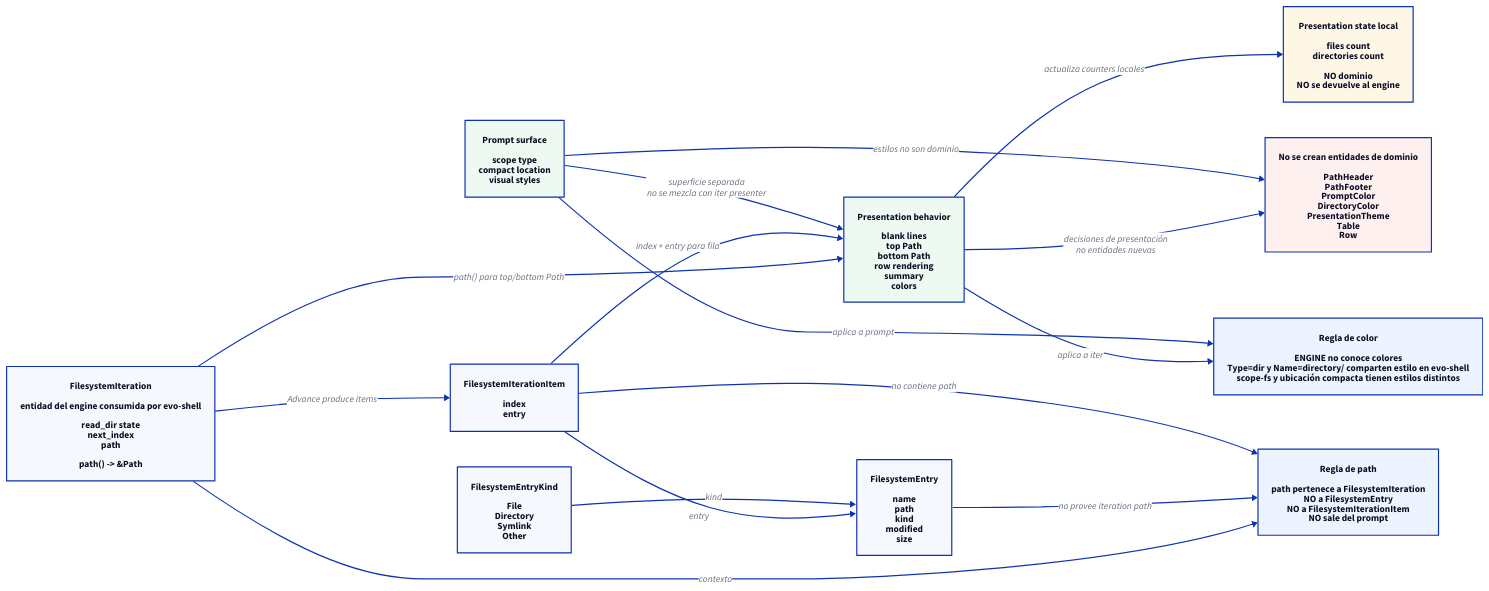
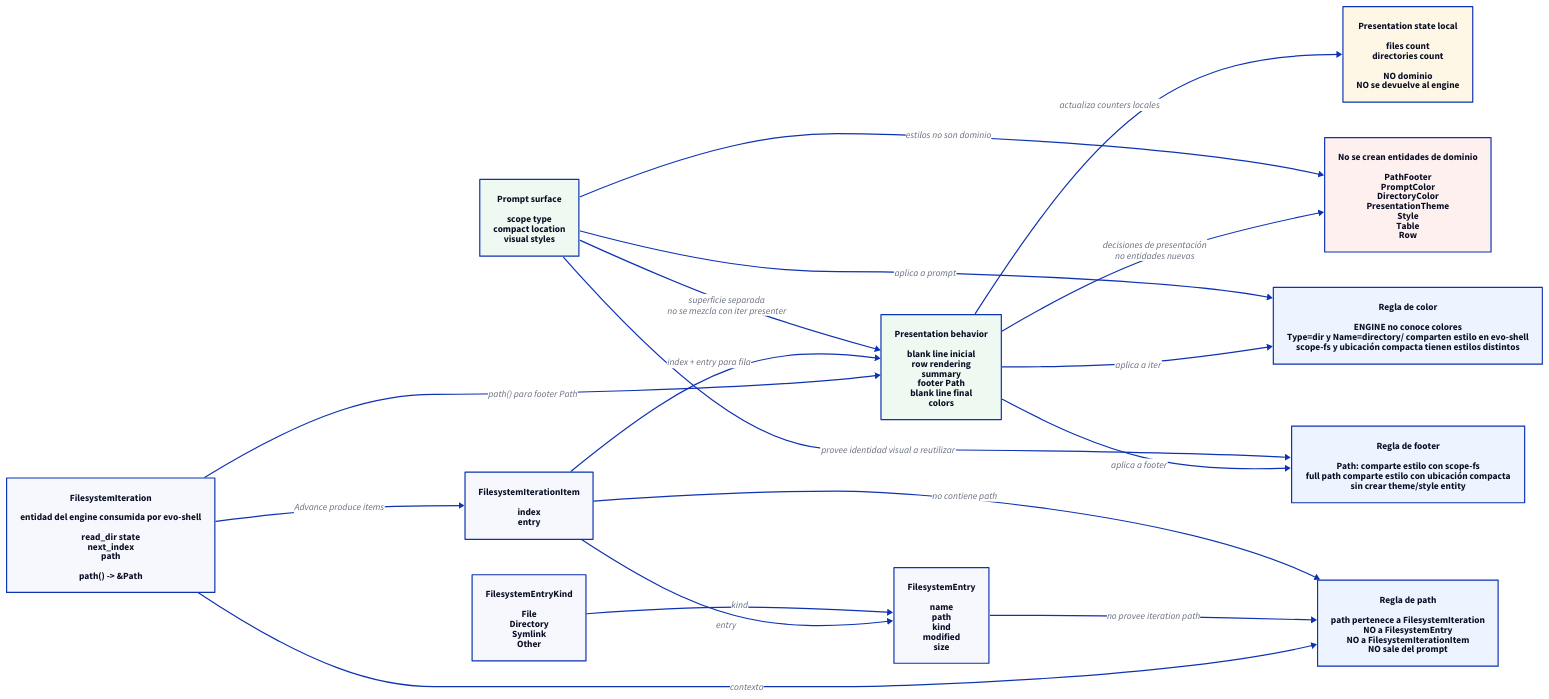
The diagram in evo-shell/technical_documentation/use_cases/UC-005-improve-iter-context-and-visual-readability/domain-model.d2 (niqel/evolution), drawn with D2 before and after one commit. The commit also changed 4 other files, not shown here.

Commit message:
docs: refine iter path footer technical flow

```diff
--- a/evo-shell/technical_documentation/use_cases/UC-005-improve-iter-context-and-visual-readability/domain-model.d2
+++ b/evo-shell/technical_documentation/use_cases/UC-005-improve-iter-context-and-visual-readability/domain-model.d2
@@ -1,64 +1,72 @@
 direction: right
 
 filesystem_iteration: "FilesystemIteration\n\nentidad del engine consumida por evo-shell\n\nread_dir state\nnext_index\npath\n\npath() -> &Path" {
   shape: rectangle
 }
 
 filesystem_iteration_item: "FilesystemIterationItem\n\nindex\nentry" {
   shape: rectangle
 }
 
 filesystem_entry: "FilesystemEntry\n\nname\npath\nkind\nmodified\nsize" {
   shape: rectangle
 }
 
 filesystem_entry_kind: "FilesystemEntryKind\n\nFile\nDirectory\nSymlink\nOther" {
   shape: rectangle
 }
 
-presentation_behavior: "Presentation behavior\n\nblank lines\ntop Path\nbottom Path\nrow rendering\nsummary\ncolors" {
+presentation_behavior: "Presentation behavior\n\nblank line inicial\nrow rendering\nsummary\nfooter Path\nblank line final\ncolors" {
   shape: rectangle
   style.fill: "#eefaf1"
 }
 
 presentation_state: "Presentation state local\n\nfiles count\ndirectories count\n\nNO dominio\nNO se devuelve al engine" {
   shape: rectangle
   style.fill: "#fff7e6"
 }
 
 prompt_surface: "Prompt surface\n\nscope type\ncompact location\nvisual styles" {
   shape: rectangle
   style.fill: "#eefaf1"
 }
 
-no_entities: "No se crean entidades de dominio\n\nPathHeader\nPathFooter\nPromptColor\nDirectoryColor\nPresentationTheme\nTable\nRow" {
+no_entities: "No se crean entidades de dominio\n\nPathFooter\nPromptColor\nDirectoryColor\nPresentationTheme\nStyle\nTable\nRow" {
   shape: rectangle
   style.fill: "#fff0f0"
 }
 
-filesystem_iteration -> presentation_behavior: "path() para top/bottom Path"
+filesystem_iteration -> presentation_behavior: "path() para footer Path"
 filesystem_iteration -> filesystem_iteration_item: "Advance produce items"
 filesystem_iteration_item -> filesystem_entry: "entry"
 filesystem_entry_kind -> filesystem_entry: "kind"
 filesystem_iteration_item -> presentation_behavior: "index + entry para fila"
 presentation_behavior -> presentation_state: "actualiza counters locales"
 prompt_surface -> presentation_behavior: "superficie separada\nno se mezcla con iter presenter"
 presentation_behavior -> no_entities: "decisiones de presentación\nno entidades nuevas"
 prompt_surface -> no_entities: "estilos no son dominio"
 
 path_rule: "Regla de path\n\npath pertenece a FilesystemIteration\nNO a FilesystemEntry\nNO a FilesystemIterationItem\nNO sale del prompt" {
   shape: rectangle
   style.fill: "#edf4ff"
 }
 
 filesystem_iteration -> path_rule: "contexto"
 filesystem_entry -> path_rule: "no provee iteration path"
 filesystem_iteration_item -> path_rule: "no contiene path"
 
 color_rule: "Regla de color\n\nENGINE no conoce colores\nType=dir y Name=directory/ comparten estilo en evo-shell\nscope-fs y ubicación compacta tienen estilos distintos" {
   shape: rectangle
   style.fill: "#edf4ff"
 }
 
 presentation_behavior -> color_rule: "aplica a iter"
 prompt_surface -> color_rule: "aplica a prompt"
+
+footer_style_rule: "Regla de footer\n\nPath: comparte estilo con scope-fs\nfull path comparte estilo con ubicación compacta\nsin crear theme/style entity" {
+  shape: rectangle
+  style.fill: "#edf4ff"
+}
+
+presentation_behavior -> footer_style_rule: "aplica a footer"
+prompt_surface -> footer_style_rule: "provee identidad visual a reutilizar"
```
